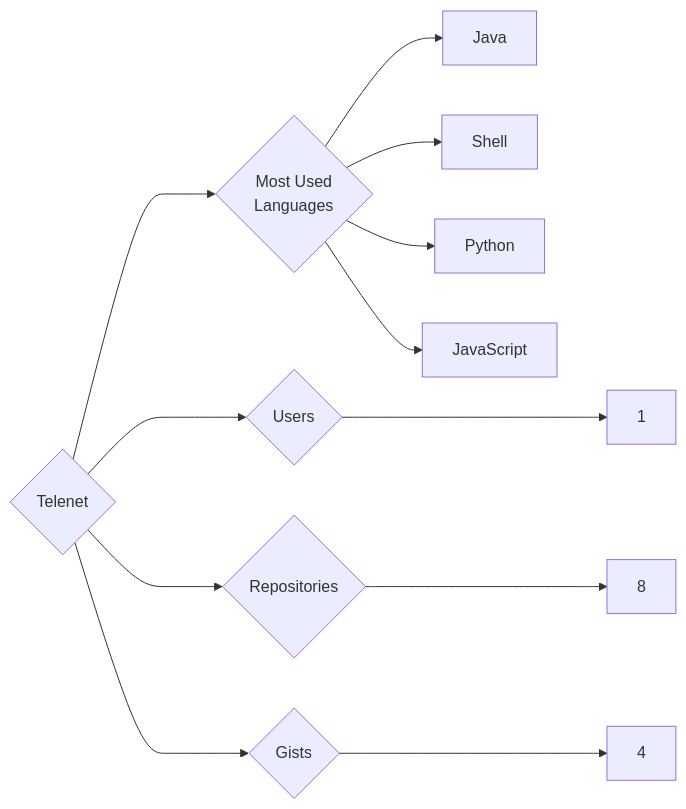
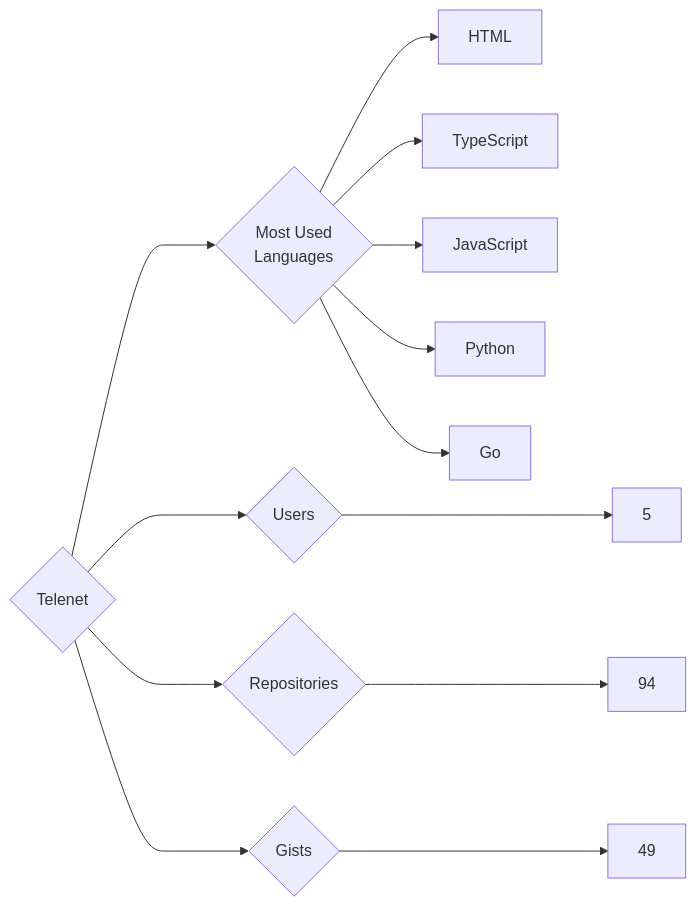
The diagram in targets/Telenet/README.md (trickest/insiders), drawn with Mermaid before and after one commit. The commit also changed 871 other files, not shown here.

````diff
--- a/targets/Telenet/README.md
+++ b/targets/Telenet/README.md
@@ -3,12 +3,13 @@
 ```mermaid
 graph LR
 COMPANY_NAME{Telenet}
-COMPANY_NAME ---> U{Users} ---> UN[1]
-COMPANY_NAME ---> R{Repositories} ---> RN[8]
-COMPANY_NAME ---> G{Gists} ---> GN[4]
+COMPANY_NAME ---> U{Users} ---> UN[5]
+COMPANY_NAME ---> R{Repositories} ---> RN[94]
+COMPANY_NAME ---> G{Gists} ---> GN[49]
 COMPANY_NAME ---> ML{Most Used<br>Languages}
-ML --> Java[Java]
-ML --> Shell[Shell]
+ML --> HTML[HTML]
+ML --> TypeScript[TypeScript]
+ML --> JavaScript[JavaScript]
 ML --> Python[Python]
-ML --> JavaScript[JavaScript]
+ML --> Go[Go]
 ```
````
